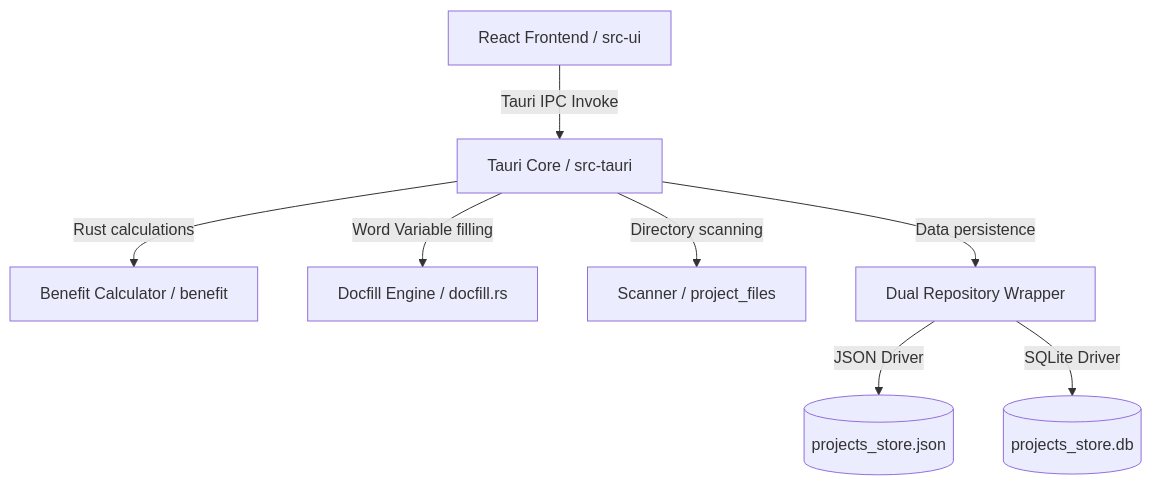
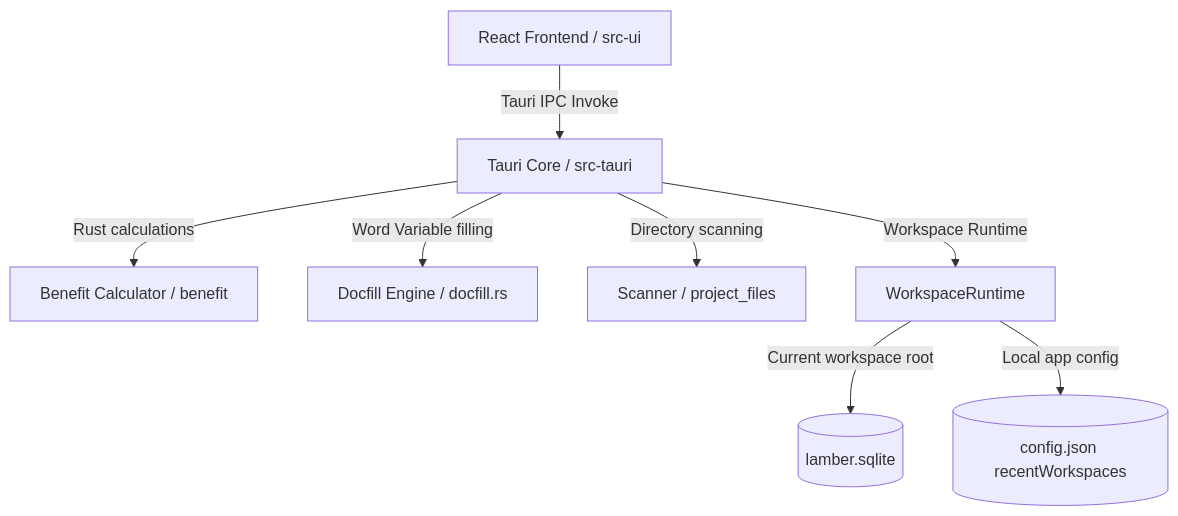
Before and after one commit to steven-mountain/lamber: the diagram in docs/ARCHITECTURE_MAP.md, drawn with Mermaid. The commit also changed other lines of this file and 24 other files, not shown here.

Commit message:
Introduce workspace runtime foundation

````diff
--- a/docs/ARCHITECTURE_MAP.md
+++ b/docs/ARCHITECTURE_MAP.md
@@ -9,10 +9,10 @@
 ```mermaid
 graph TD
     UI[React Frontend / src-ui] -->|Tauri IPC Invoke| Tauri[Tauri Core / src-tauri]
     Tauri -->|Rust calculations| Calc[Benefit Calculator / benefit]
     Tauri -->|Word Variable filling| Doc[Docfill Engine / docfill.rs]
     Tauri -->|Directory scanning| Scan[Scanner / project_files]
-    Tauri -->|Data persistence| Repo[Dual Repository Wrapper]
-    Repo -->|JSON Driver| JSON[(projects_store.json)]
-    Repo -->|SQLite Driver| DB[(projects_store.db)]
+    Tauri -->|Workspace Runtime| WS[WorkspaceRuntime]
+    WS -->|Current workspace root| DB[(lamber.sqlite)]
+    WS -->|Local app config| CFG[(config.json recentWorkspaces)]
 ```
````
